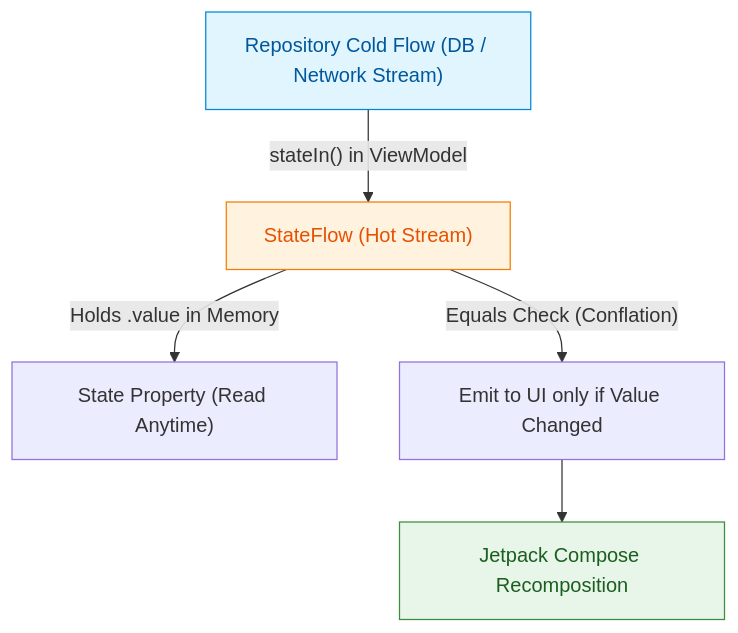
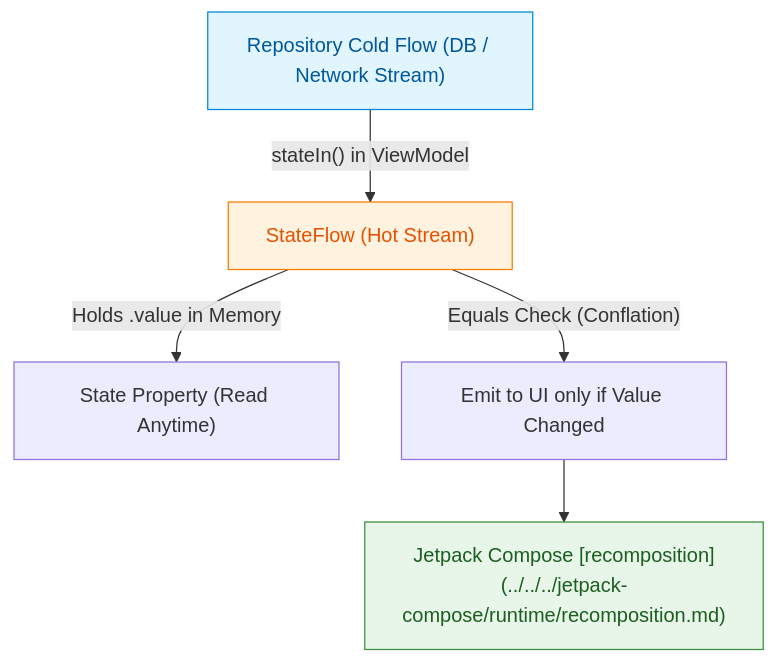
The diagram in 01_inbox/mobile/android/02_app_framework/data/async-flow/flow-state-contracts/stateflow-is-for-current-screen-state-flow-is-for-source-stream.md (youngmin-gwon/what-i-studied), drawn with Mermaid before and after one commit. The commit also changed other lines of this file and 185 other files, not shown here.

````diff
--- a/01_inbox/mobile/android/02_app_framework/data/async-flow/flow-state-contracts/stateflow-is-for-current-screen-state-flow-is-for-source-stream.md
+++ b/01_inbox/mobile/android/02_app_framework/data/async-flow/flow-state-contracts/stateflow-is-for-current-screen-state-flow-is-for-source-stream.md
@@ -27,11 +27,11 @@
 ```mermaid
 graph TD
     A["Repository Cold Flow (DB / Network Stream)"] -->|"stateIn() in ViewModel"| B["StateFlow<UiState> (Hot Stream)"]
     B -->|"Holds .value in Memory"| C["State Property (Read Anytime)"]
     B -->|"Equals Check (Conflation)"| D["Emit to UI only if Value Changed"]
-    D --> E["Jetpack Compose Recomposition"]
+    D --> E["Jetpack Compose [recomposition](../../../jetpack-compose/runtime/recomposition.md)"]
 
     style A fill:#e1f5fe,stroke:#0288d1,color:#01579b
     style B fill:#fff3e0,stroke:#f57c00,color:#e65100
     style E fill:#e8f5e9,stroke:#388e3c,color:#1b5e20
 ```
````
